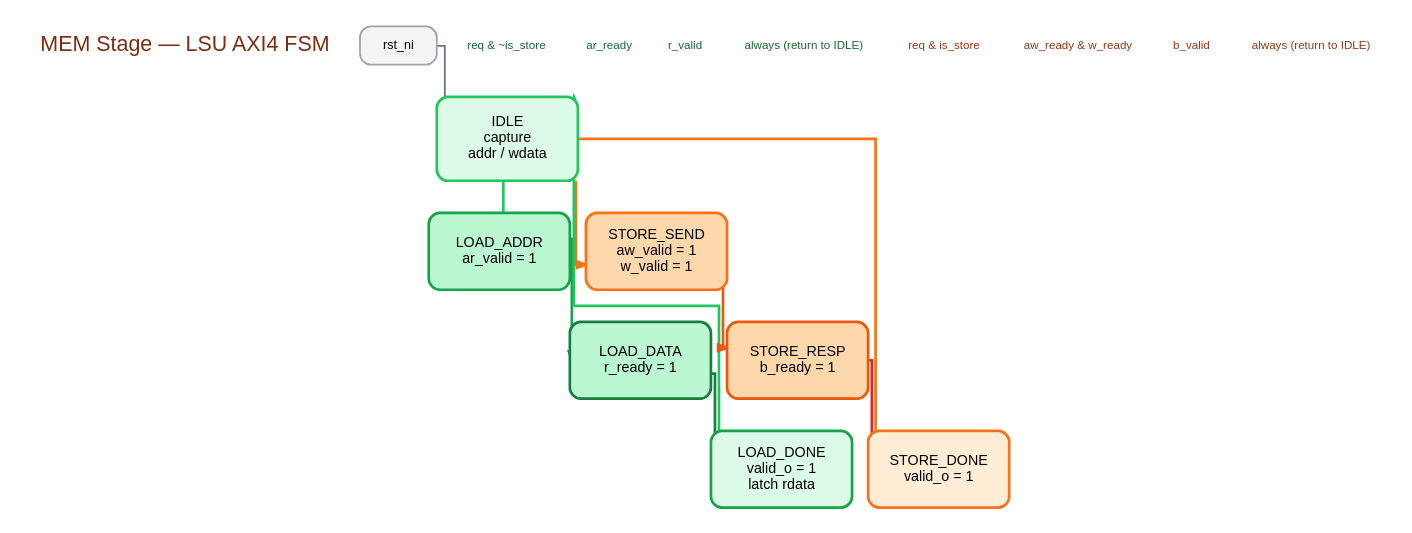
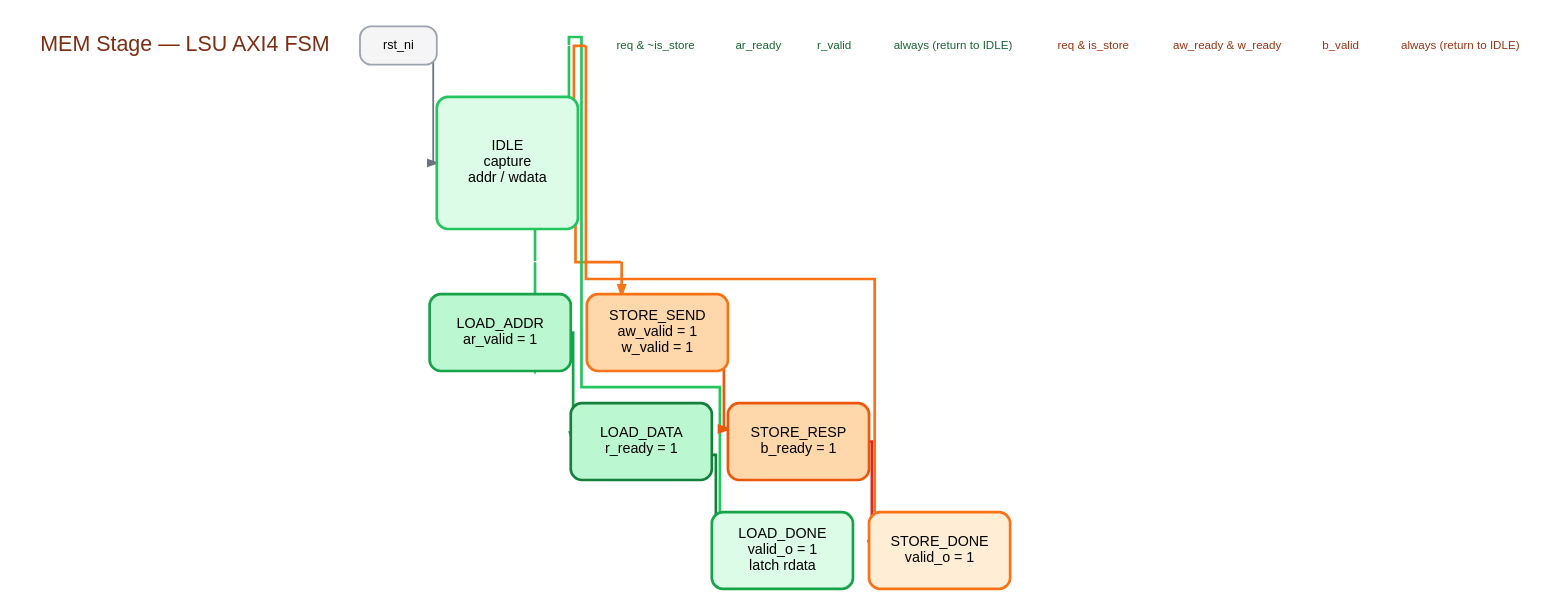
The diagram in docs/diagrams/src/mem-lsu-fsm.dot (vladdum/kronos-riscv), drawn with Graphviz before and after one commit. The commit also changed 16 other files, not shown here.

First line of the commit message:
docs: rework pipeline diagrams and extend architecture.md to Stage 5b

```diff
--- a/docs/diagrams/src/mem-lsu-fsm.dot
+++ b/docs/diagrams/src/mem-lsu-fsm.dot
@@ -1,113 +1,134 @@
 digraph mem_lsu_fsm {
   // ────────────────────────────────────────────────────────────────
   // MEM Stage — LSU AXI4 FSM (7 states).
   // Layout: neato -n2 (pinned positions, orthogonal routing).
   // Transition labels pinned as plaintext to avoid xlabel collisions.
   //
   //   Top row (y=520):    LOAD path  — LOAD_ADDR → LOAD_DATA → LOAD_DONE
   //   Mid row (y=340):    IDLE
   //   Bot row (y=140):    STORE path — STORE_SEND → STORE_RESP → STORE_DONE
   // ────────────────────────────────────────────────────────────────
   graph [
     splines     = ortho,
     pad         = 0.3,
     outputorder = edgesfirst,
     fontname    = "Helvetica",
   ];
 
   node [
     shape    = box,
     style    = "filled,rounded",
     fontname = "Helvetica",
     fontsize = 18,
     penwidth = 2,
   ];
 
   edge [
     fontname = "Helvetica",
     fontsize = 14,
     penwidth = 2,
     color    = "#111827",
   ];
 
   // Title
   title [pos="700,670!", label="MEM Stage — LSU AXI4 FSM",
          shape=plaintext, style="", fontsize=24, fontcolor="#7c2d12"];
 
   // Reset
   reset [pos="60,340!", label="rst_ni",
          fillcolor="#f5f5f5", color="#9ca3af", fontsize=14,
          width=1.2, height=0.6, fixedsize=true];
 
   // IDLE (center-left)
-  IDLE [pos="280,340!", label="IDLE\ncapture\naddr / wdata",
+  // Height=2.05in → east-face straight section ≈124pt (y=251.8–375.8).
+  // d=124/5=24.8pt → 4 evenly-spaced east-face connection points at DOT y=351,326,301,277.
+  // All four IDLE connections use tailport=e so the visible exit y equals the waypoint y.
+  IDLE [pos="280,314!", label="IDLE\ncapture\naddr / wdata",
         shape=box, style="filled,rounded",fillcolor="#dcfce7", color="#22c55e",
         penwidth=3, fontsize=16,
-        width=2.2, height=1.3, fixedsize=true];
+        width=2.2, height=2.05, fixedsize=true];
 
   // LOAD path (top row)
   LOAD_ADDR [pos="580,520!", label="LOAD_ADDR\nar_valid = 1",
              shape=box, style="filled,rounded",fillcolor="#bbf7d0", color="#16a34a",
              penwidth=3, fontsize=16,
              width=2.2, height=1.2, fixedsize=true];
   LOAD_DATA [pos="900,520!", label="LOAD_DATA\nr_ready = 1",
              shape=box, style="filled,rounded",fillcolor="#bbf7d0", color="#15803d",
              penwidth=3, fontsize=16,
              width=2.2, height=1.2, fixedsize=true];
   LOAD_DONE [pos="1220,520!", label="LOAD_DONE\nvalid_o = 1\nlatch rdata",
              shape=box, style="filled,rounded",fillcolor="#dcfce7", color="#16a34a",
              penwidth=3, fontsize=16,
              width=2.2, height=1.2, fixedsize=true];
 
   // STORE path (bottom row)
   STORE_SEND [pos="580,160!", label="STORE_SEND\naw_valid = 1\nw_valid = 1",
               shape=box, style="filled,rounded",fillcolor="#fed7aa", color="#f97316",
               penwidth=3, fontsize=16,
               width=2.2, height=1.2, fixedsize=true];
   STORE_RESP [pos="900,160!", label="STORE_RESP\nb_ready = 1",
               shape=box, style="filled,rounded",fillcolor="#fed7aa", color="#ea580c",
               penwidth=3, fontsize=16,
               width=2.2, height=1.2, fixedsize=true];
   STORE_DONE [pos="1220,160!", label="STORE_DONE\nvalid_o = 1",
               shape=box, style="filled,rounded",fillcolor="#ffedd5", color="#f97316",
               penwidth=3, fontsize=16,
               width=2.2, height=1.2, fixedsize=true];
 
   // Pinned transition labels — LOAD path (above horizontal arrow, at y=540)
-  lbl_load_addr [pos="430,480!", label="req & ~is_store",
+  lbl_load_addr [pos="470,371!", label="req & ~is_store",
                  shape=plaintext, style="", fontsize=13, fontcolor="#166534"];
   lbl_ar_ready  [pos="740,540!", label="ar_ready",
                  shape=plaintext, style="", fontsize=13, fontcolor="#166534"];
   lbl_r_valid   [pos="1060,540!", label="r_valid",
                  shape=plaintext, style="", fontsize=13, fontcolor="#166534"];
-  lbl_load_back [pos="900,410!", label="always (return to IDLE)",
+  lbl_load_back [pos="900,346!", label="always (return to IDLE)",
                  shape=plaintext, style="", fontsize=13, fontcolor="#166534"];
 
   // Pinned transition labels — STORE path
-  lbl_store     [pos="430,200!", label="req & is_store",
+  lbl_store     [pos="470,257!", label="req & is_store",
                  shape=plaintext, style="", fontsize=13, fontcolor="#9a3412"];
   lbl_aw_w      [pos="740,100!", label="aw_ready & w_ready",
                  shape=plaintext, style="", fontsize=13, fontcolor="#9a3412"];
   lbl_b_valid   [pos="1060,100!", label="b_valid",
                  shape=plaintext, style="", fontsize=13, fontcolor="#9a3412"];
-  lbl_store_back[pos="900,270!", label="always (return to IDLE)",
+  lbl_store_back[pos="900,281!", label="always (return to IDLE)",
                  shape=plaintext, style="", fontsize=13, fontcolor="#9a3412"];
+
+  // Four waypoints place the L-bend for each of the four IDLE east-face connections.
+  // x=580 aligns the bend directly above/below LOAD_ADDR and STORE_SEND.
+  // y values are the four evenly-spaced points on IDLE's east face (d=24.8pt each):
+  //   wp_la: p4=351 (LOAD outgoing, top)
+  //   wp_ld: p3=326 (LOAD_DONE return)
+  //   wp_sd: p2=301 (STORE_DONE return)
+  //   wp_ss: p1=277 (STORE outgoing, bottom)
+  wp_la [pos="580,351!", style=invis, label="", shape=point, width=0.01, height=0.01];
+  wp_ss [pos="580,277!", style=invis, label="", shape=point, width=0.01, height=0.01];
+
+  // wp_ld / wp_sd: bend points for return arrows; x=1220 centres each arrowhead on
+  // LOAD_DONE/STORE_DONE east faces, then path runs horizontally back to IDLE:e.
+  wp_ld [pos="1220,326!", style=invis, label="", shape=point, width=0.01, height=0.01];
+  wp_sd [pos="1220,301!", style=invis, label="", shape=point, width=0.01, height=0.01];
 
   // Edges — compass ports center each arrow on a bubble's N/S/E/W midpoint.
   reset -> IDLE [color="#6b7280", tailport=e, headport=w];
 
-  // LOAD path (top row) — leave IDLE from the north face, land on
-  // LOAD_ADDR's south face; horizontal across the row; return via south.
-  IDLE       -> LOAD_ADDR [color="#22c55e", penwidth=3, tailport=n, headport=w];
+  // LOAD path (top row) — leave IDLE east face at p4 (y=351), go right to x=580,
+  // turn up to LOAD_ADDR south face; return horizontally at p3 (y=326).
+  IDLE       -> wp_la    [color="#22c55e", penwidth=3, tailport=e, arrowhead=none];
+  wp_la      -> LOAD_ADDR [color="#22c55e", penwidth=3, headport=s];
   LOAD_ADDR  -> LOAD_DATA [color="#16a34a", penwidth=3, tailport=e, headport=w];
   LOAD_DATA  -> LOAD_DONE [color="#15803d", penwidth=3, tailport=e, headport=w];
-  LOAD_DONE  -> IDLE      [color="#22c55e", penwidth=3, constraint=false,
-                           tailport=s, headport=n];
+  LOAD_DONE  -> wp_ld [color="#22c55e", penwidth=3, constraint=false, arrowhead=none];
+  wp_ld      -> IDLE  [color="#22c55e", penwidth=3, headport=e];
 
-  // STORE path (bottom row) — mirror of the LOAD path via the south face.
-  IDLE       -> STORE_SEND [color="#f97316", penwidth=3, tailport=s, headport=w];
+  // STORE path (bottom row) — leave IDLE east face at p1 (y=277), go right to x=580,
+  // turn down to STORE_SEND north face; return horizontally at p2 (y=301).
+  IDLE       -> wp_ss      [color="#f97316", penwidth=3, tailport=e, arrowhead=none];
+  wp_ss      -> STORE_SEND [color="#f97316", penwidth=3, headport=n];
   STORE_SEND -> STORE_RESP [color="#ea580c", penwidth=3, tailport=e, headport=w];
   STORE_RESP -> STORE_DONE [color="#dc2626", penwidth=3, tailport=e, headport=w];
-  STORE_DONE -> IDLE       [color="#f97316", penwidth=3, constraint=false,
-                            tailport=n, headport=s];
+  STORE_DONE -> wp_sd [color="#f97316", penwidth=3, constraint=false, arrowhead=none];
+  wp_sd      -> IDLE  [color="#f97316", penwidth=3, headport=e];
 }
```
